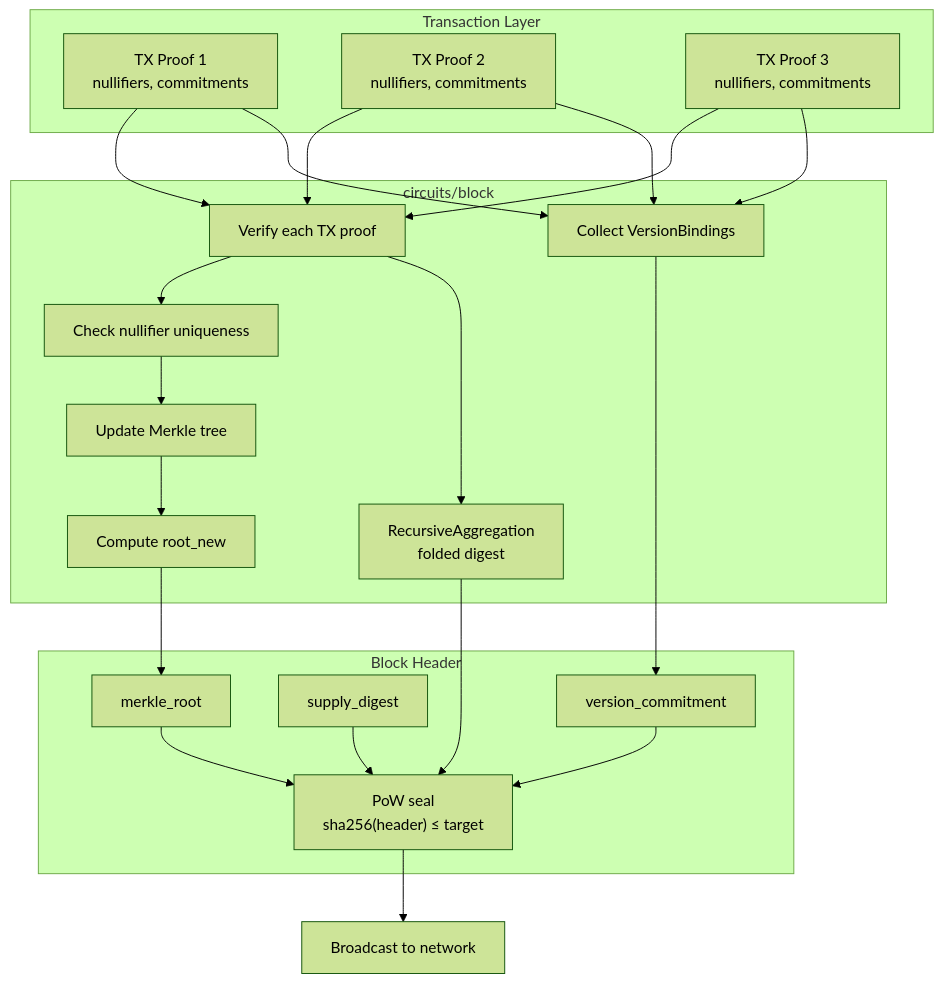
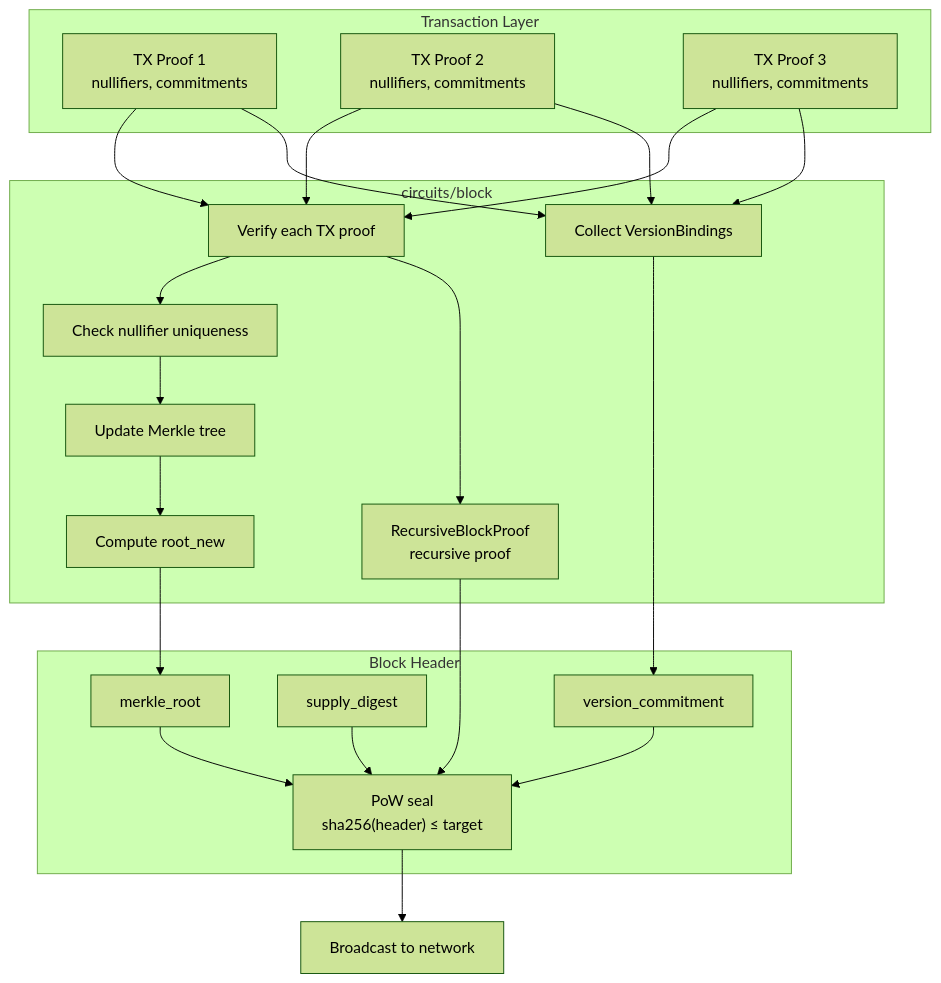
Before and after one commit to Pauli-Group/Hegemon: the sixth of 6 diagrams in docs/assets/diagrams.md, drawn with Mermaid (forest theme). The commit also changed 22 other files, not shown here.

First line of the commit message:
Refactor block proof handling and improve recursive proof integration

````diff
--- a/docs/assets/diagrams.md
+++ b/docs/assets/diagrams.md
@@ -224,47 +224,47 @@
 ```mermaid
 flowchart TB
     subgraph Transactions["Transaction Layer"]
         TX1[TX Proof 1<br/>nullifiers, commitments]
         TX2[TX Proof 2<br/>nullifiers, commitments]
         TX3[TX Proof 3<br/>nullifiers, commitments]
     end
 
     subgraph BlockCircuit["circuits/block"]
         VER["Verify each TX proof"]
         NF_CHECK["Check nullifier uniqueness"]
         TREE["Update Merkle tree"]
         ROOT["Compute root_new"]
         VB["Collect VersionBindings"]
-        REC["RecursiveAggregation<br/>folded digest"]
+        REC["RecursiveBlockProof<br/>recursive proof"]
     end
 
     subgraph Header["Block Header"]
         POW["PoW seal<br/>sha256(header) ≤ target"]
         VC["version_commitment"]
         SD["supply_digest"]
         MR["merkle_root"]
     end
 
     TX1 --> VER
     TX2 --> VER
     TX3 --> VER
 
     VER --> NF_CHECK
     NF_CHECK --> TREE
     TREE --> ROOT
 
     TX1 --> VB
     TX2 --> VB
     TX3 --> VB
     VB --> VC
 
     ROOT --> MR
     VER --> REC
 
     MR --> POW
     VC --> POW
     SD --> POW
     REC --> POW
 
     POW --> BROADCAST["Broadcast to network"]
 ```
````
